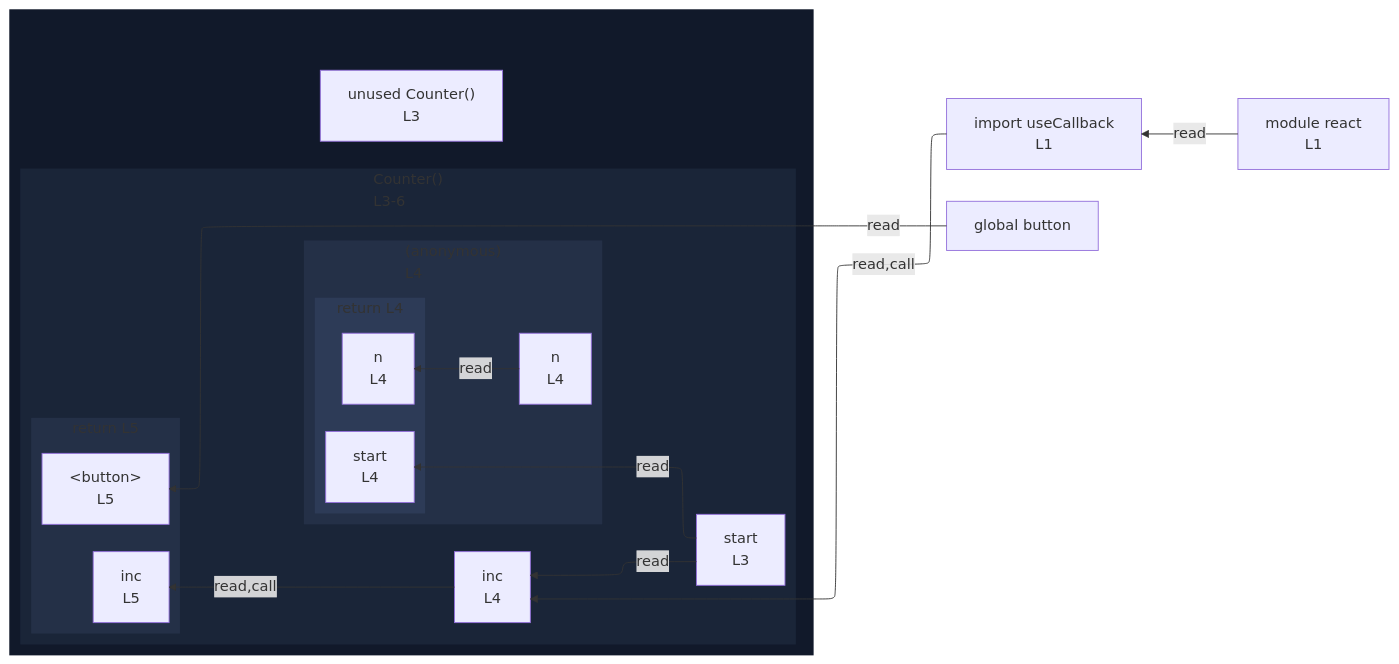
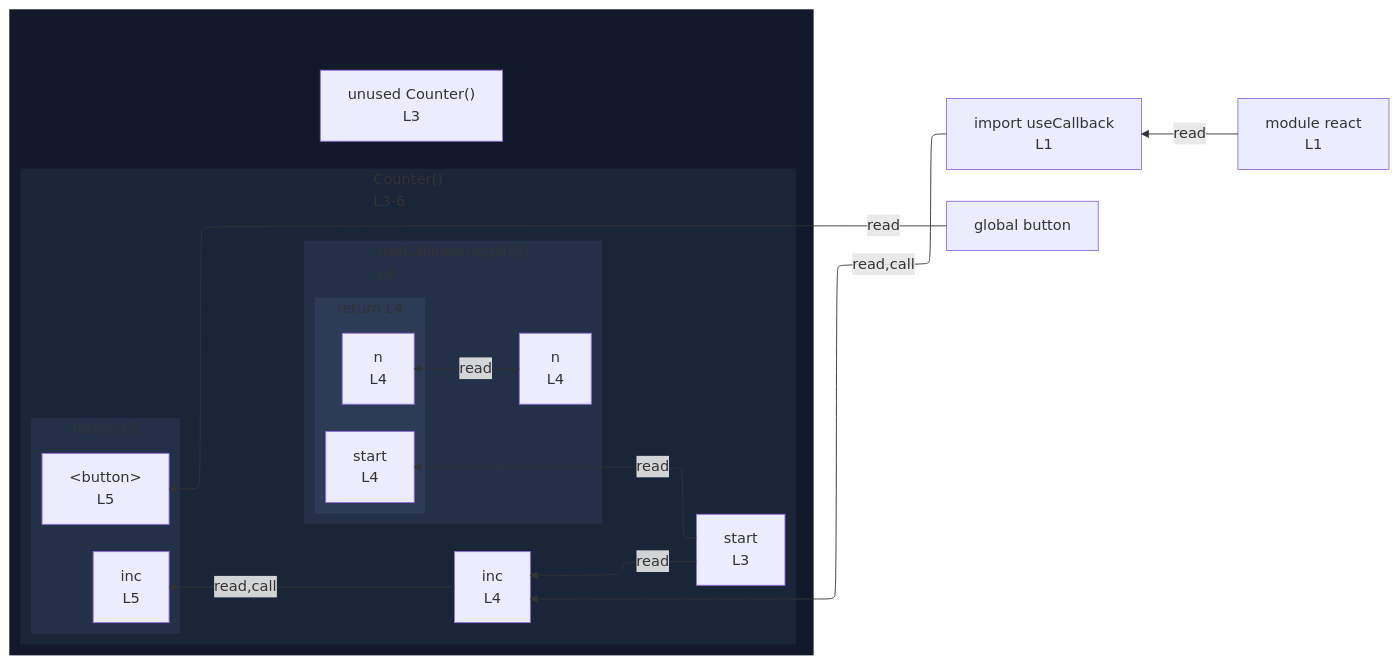
The diagram in integration/fixtures/app-behavior/plugin/react/use-callback/preview.md (crescware/unsnarl), drawn with Mermaid before and after one commit. The commit also changed 71 other files, not shown here.

````diff
--- a/integration/fixtures/app-behavior/plugin/react/use-callback/preview.md
+++ b/integration/fixtures/app-behavior/plugin/react/use-callback/preview.md
@@ -16,46 +16,46 @@
 ```mermaid
 %%{init: {"flowchart": {"defaultRenderer": "elk"}}}%%
 flowchart RL
   n_scope_0_useCallback_9["import useCallback<br/>L1"]
   n_scope_0_button_162["global button"]
   subgraph wrap_s_scope_1[" "]
     direction TB
     n_scope_0_Counter_44["unused Counter()<br/>L3"]
     subgraph s_scope_1["Counter()<br/>L3-6"]
       direction RL
       n_scope_1_start_57["start<br/>L3"]
       n_scope_1_inc_98["inc<br/>L4"]
-      subgraph s_scope_2["(anonymous)<br/>L4"]
+      subgraph s_scope_2["useCallback(args[0])<br/>L4"]
         direction RL
         n_scope_2_n_117["n<br/>L4"]
         subgraph s_return_scope_0_Counter_44_131_140["return L4"]
           direction RL
           ret_use_ref_3["n<br/>L4"]
           ret_use_ref_4["start<br/>L4"]
         end
       end
       subgraph s_return_scope_0_Counter_44_154_187["return L5"]
         direction RL
         ret_use_ref_6["&lt;button&gt;<br/>L5"]
         ret_use_ref_7["inc<br/>L5"]
       end
     end
   end
   n_scope_0_useCallback_9 -->|read,call| n_scope_1_inc_98
   n_scope_2_n_117 -->|read| ret_use_ref_3
   n_scope_1_start_57 -->|read| ret_use_ref_4
   n_scope_1_start_57 -->|read| n_scope_1_inc_98
   n_scope_0_button_162 -->|read| ret_use_ref_6
   n_scope_1_inc_98 -->|read,call| ret_use_ref_7
   mod_react["module react<br/>L1"]
   mod_react -->|read| n_scope_0_useCallback_9
   classDef nestL1 fill:#11192a,stroke:transparent;
   class wrap_s_scope_1 nestL1;
   classDef nestL2 fill:#1a2538,stroke:transparent;
   class s_scope_1 nestL2;
   classDef nestL3 fill:#243047,stroke:transparent;
   class s_scope_2 nestL3;
   class s_return_scope_0_Counter_44_154_187 nestL3;
   classDef nestL4 fill:#2d3b57,stroke:transparent;
   class s_return_scope_0_Counter_44_131_140 nestL4;
 ```
````
